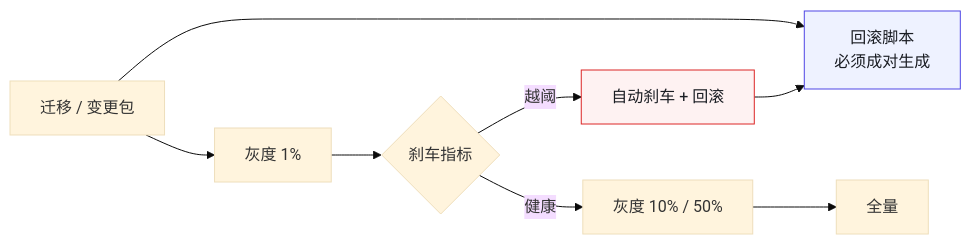
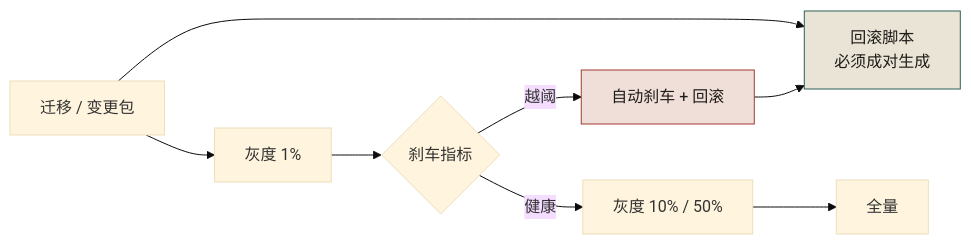
One commit to funny8kids/AI_Native_Software_Engineering changed the first of 3 diagrams in docs/manuscript/ch33-第28章-灰度发布.md. Above: the diagram before and after it, drawn with Mermaid (base theme). The commit also changed other lines of this file and 81 other files, not shown here.

````diff
--- a/docs/manuscript/ch33-第28章-灰度发布.md
+++ b/docs/manuscript/ch33-第28章-灰度发布.md
@@ -36,12 +41,12 @@
 ```mermaid
 flowchart LR
   MIG[迁移 / 变更包] --> ROLL[回滚脚本<br/>必须成对生成]
   MIG --> CAN1[灰度 1%]
   CAN1 --> METRIC{刹车指标}
   METRIC -->|健康| CAN2[灰度 10% / 50%]
   METRIC -->|越阈| STOP[自动刹车 + 回滚]
   CAN2 --> FULL[全量]
   STOP --> ROLL
-  style STOP fill:#fef2f2,stroke:#dc2626,color:#1a1d23
-  style ROLL fill:#eef2ff,stroke:#4f46e5,color:#1a1d23
+  style STOP fill:#f0dfd9,stroke:#a03b31,color:#1e1c19
+  style ROLL fill:#eae4d6,stroke:#2f6154,color:#1e1c19
 ```
````
